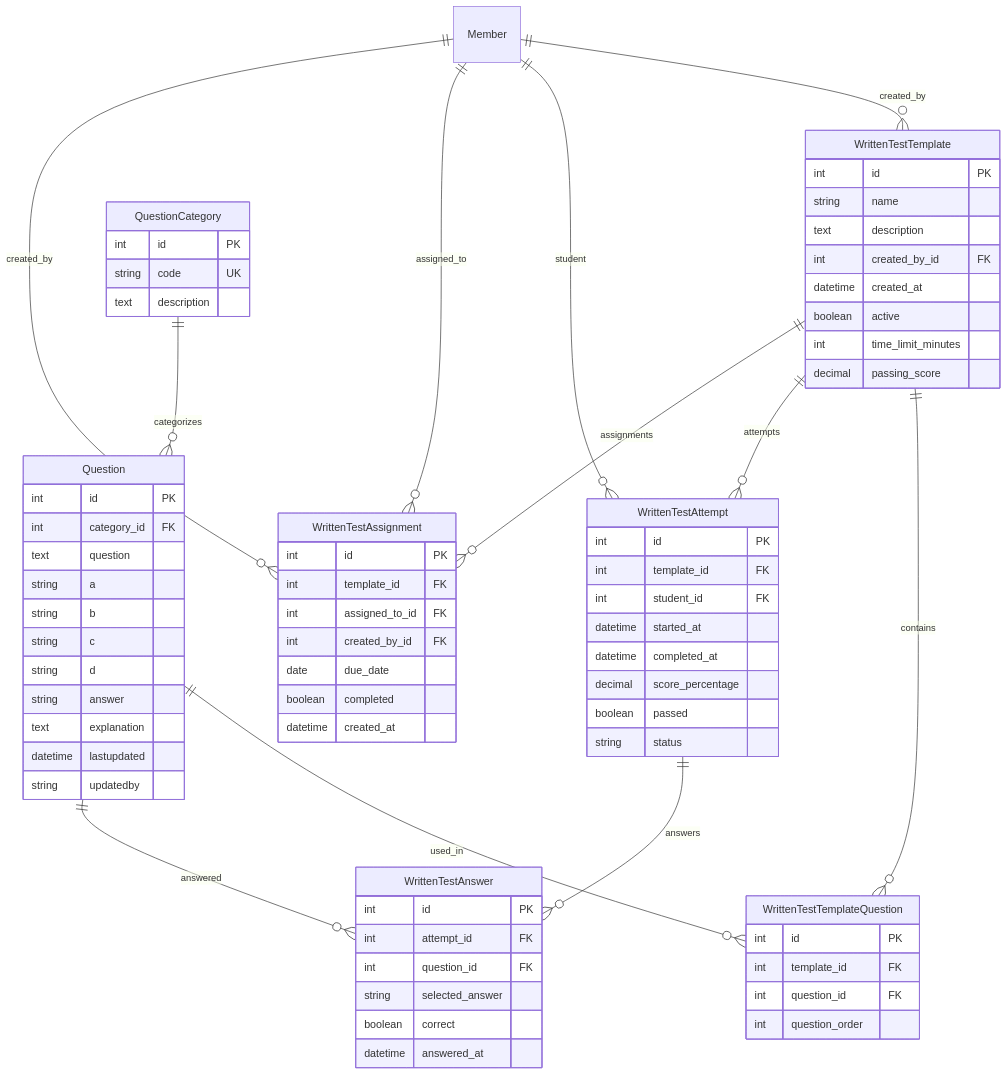
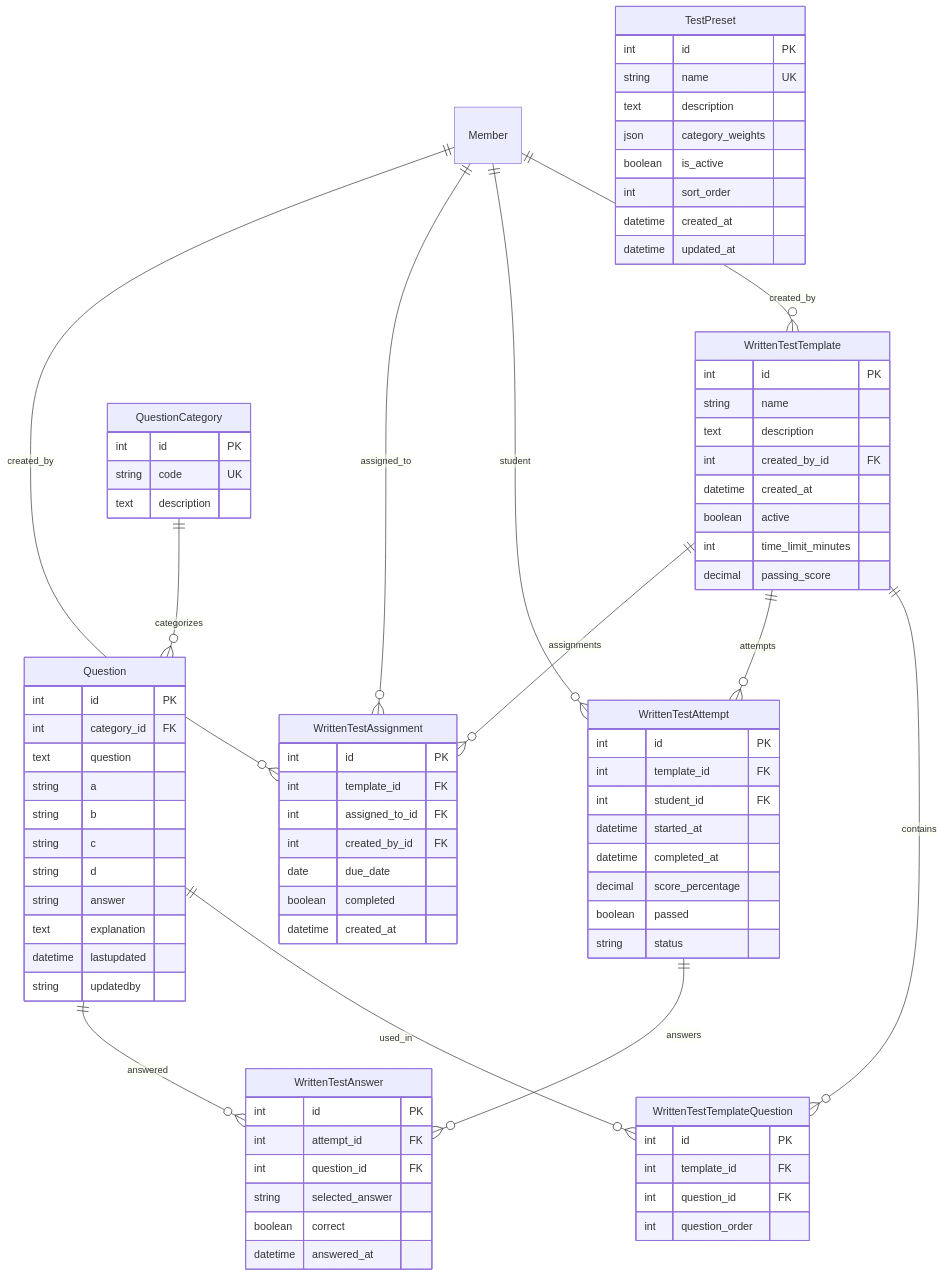
Before and after one commit to pietbarber/Manage2Soar: the diagram in knowledgetest/docs/models.md, drawn with Mermaid. The commit also changed other lines of this file, not shown here.

Commit message:
Add TestPreset model documentation with purpose, fields, and usage details

```diff
--- a/knowledgetest/docs/models.md
+++ b/knowledgetest/docs/models.md
@@ -12,6 +12,17 @@
     Member ||--o{ WrittenTestAttempt : student
     Member ||--o{ WrittenTestAssignment : assigned_to
     Member ||--o{ WrittenTestAssignment : created_by
+    
+    TestPreset {
+        int id PK
+        string name UK
+        text description
+        json category_weights
+        boolean is_active
+        int sort_order
+        datetime created_at
+        datetime updated_at
+    }
     
     QuestionCategory {
         int id PK
```
